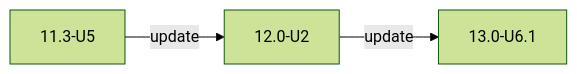
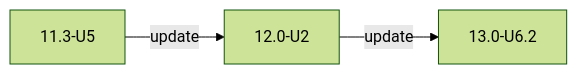
The second of 2 diagrams in static/includes/COREUpgradePaths.md (truenas/documentation), drawn with Mermaid (forest theme) before and after one commit. The commit also changed other lines of this file and 2 other files, not shown here.

Commit message:
PD-1262: Master branch updates for 13.0-U6.2 release
Local build test: no issues.

```diff
--- a/static/includes/COREUpgradePaths.md
+++ b/static/includes/COREUpgradePaths.md
@@ -21,5 +21,5 @@
       {{< mermaid class="mermaid_sizing" >}}
       flowchart LR
       A["11.3-U5"] -->|update| B["12.0-U2"]
-      B -->|update| C["13.0-U6.1"]
+      B -->|update| C["13.0-U6.2"]
       {{< /mermaid >}}
```
